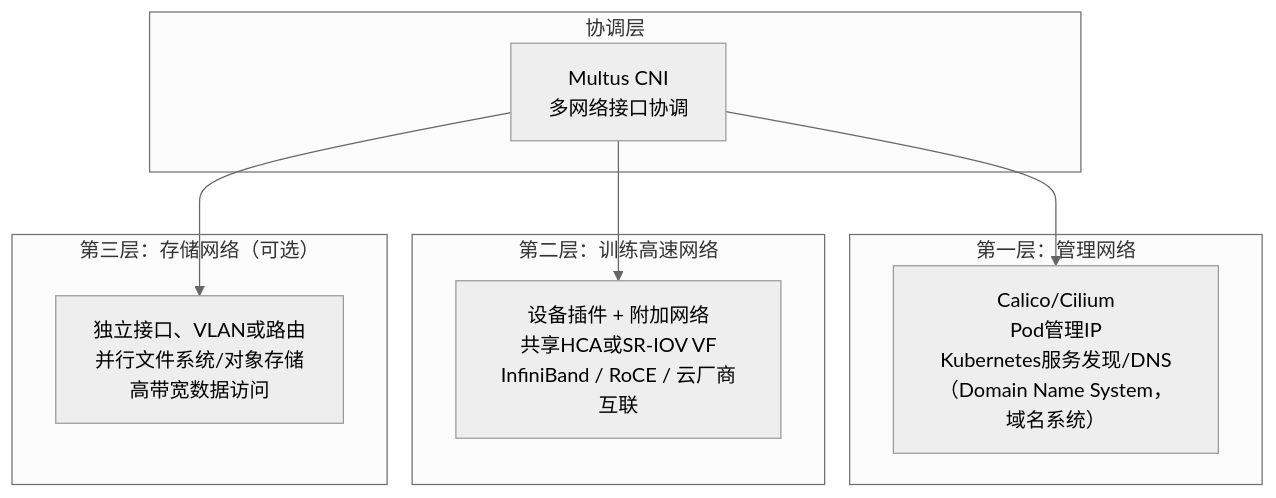
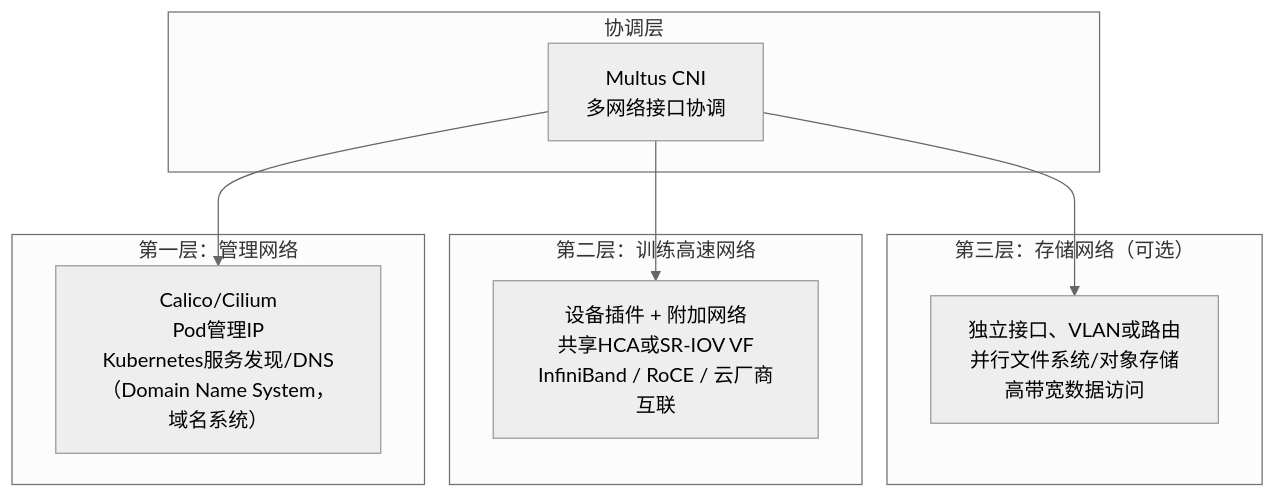
The fourth of 4 diagrams in docs/docs/1000-AI技术/600-训练微调/100-开发训练平台/6000-云原生K8S大模型训练集群CNI组件选型调研.md (gqcn/johns-blog), drawn with Mermaid (neutral theme) before and after one commit. The commit also changed 6 other files, not shown here.

First line of the commit message:
feat: add Mermaid diagram viewer with zoom and pan functionality

````diff
--- a/docs/docs/1000-AI技术/600-训练微调/100-开发训练平台/6000-云原生K8S大模型训练集群CNI组件选型调研.md
+++ b/docs/docs/1000-AI技术/600-训练微调/100-开发训练平台/6000-云原生K8S大模型训练集群CNI组件选型调研.md
@@ -423,22 +423,21 @@
 ```mermaid
 graph TB
     subgraph Coord["协调层"]
         Multus2["Multus CNI<br/>多网络接口协调"]
     end
 
-    subgraph Mgmt["第一层：管理网络"]
-        CNI1["Calico/Cilium<br/>Pod管理IP<br/>Kubernetes服务发现/DNS（Domain Name System，域名系统）"]
+    subgraph Storage["第三层：存储网络（可选）"]
+        CNI3["独立接口、VLAN或路由<br/>并行文件系统/对象存储<br/>高带宽数据访问"]
     end
-
     subgraph Train["第二层：训练高速网络"]
         CNI2["设备插件 + 附加网络<br/>共享HCA或SR-IOV VF<br/>InfiniBand / RoCE / 云厂商互联"]
     end
 
-    subgraph Storage["第三层：存储网络（可选）"]
-        CNI3["独立接口、VLAN或路由<br/>并行文件系统/对象存储<br/>高带宽数据访问"]
+    subgraph Mgmt["第一层：管理网络"]
+        CNI1["Calico/Cilium<br/>Pod管理IP<br/>Kubernetes服务发现/DNS（Domain Name System，域名系统）"]
     end
 
     Multus2 --> CNI1
     Multus2 --> CNI2
     Multus2 --> CNI3
 ```
````
